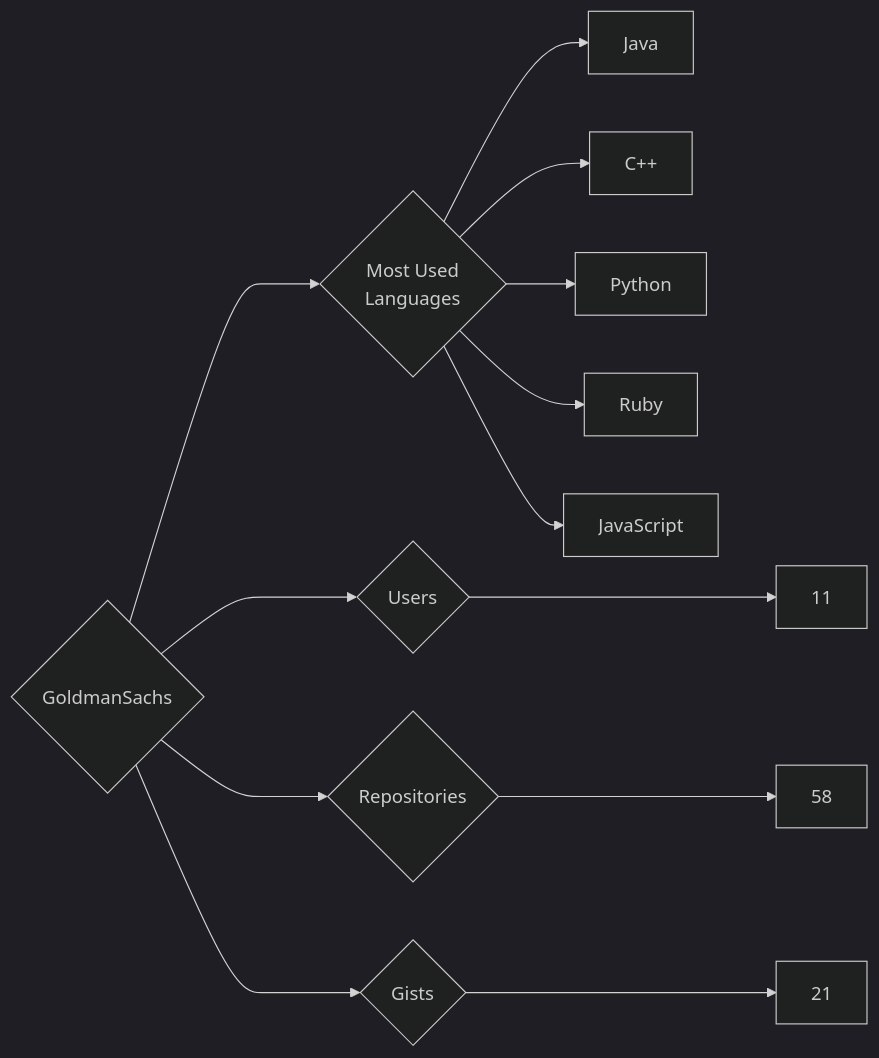
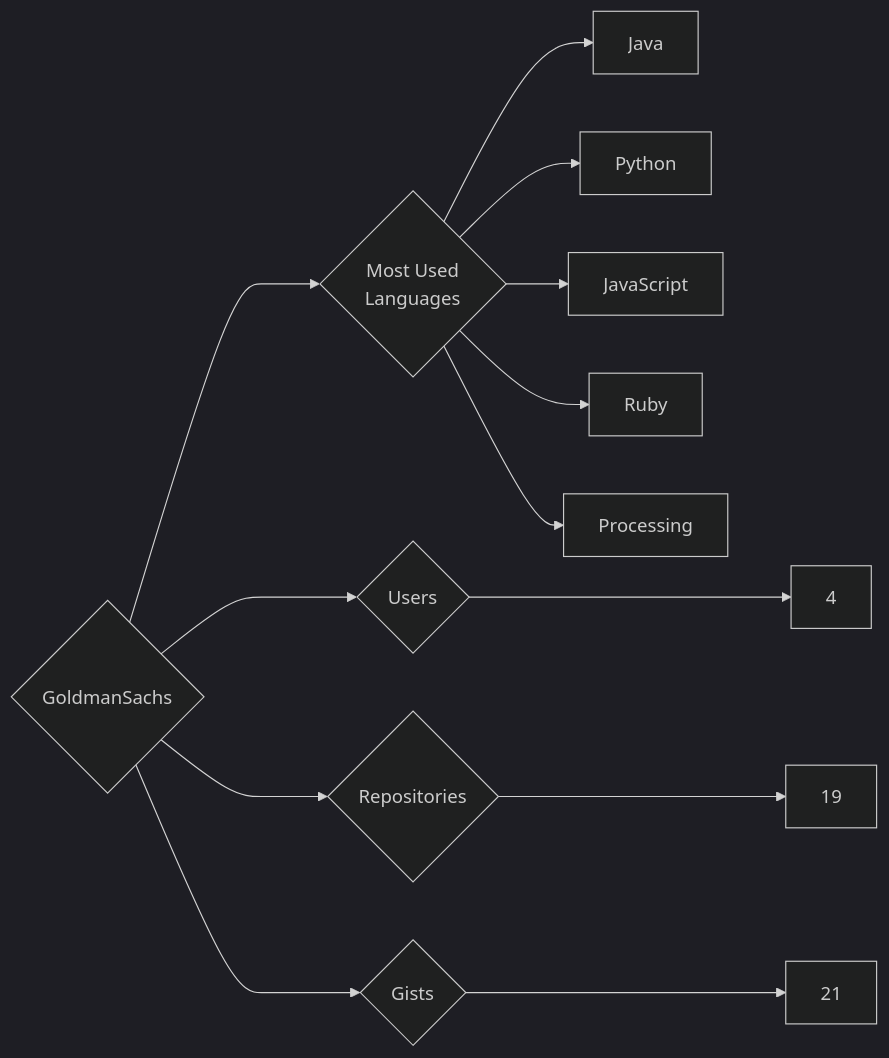
The diagram in targets/GoldmanSachs/README.md (trickest/insiders), drawn with Mermaid (dark theme) before and after one commit. The commit also changed 1149 other files, not shown here.

````diff
--- a/targets/GoldmanSachs/README.md
+++ b/targets/GoldmanSachs/README.md
@@ -3,13 +3,13 @@
 ```mermaid
 graph LR
 COMPANY_NAME{GoldmanSachs}
-COMPANY_NAME ---> U{Users} ---> UN[11]
-COMPANY_NAME ---> R{Repositories} ---> RN[58]
+COMPANY_NAME ---> U{Users} ---> UN[4]
+COMPANY_NAME ---> R{Repositories} ---> RN[19]
 COMPANY_NAME ---> G{Gists} ---> GN[21]
 COMPANY_NAME ---> ML{Most Used<br>Languages}
 ML --> Java[Java]
-ML --> C++[C++]
 ML --> Python[Python]
+ML --> JavaScript[JavaScript]
 ML --> Ruby[Ruby]
-ML --> JavaScript[JavaScript]
+ML --> Processing[Processing]
 ```
````
